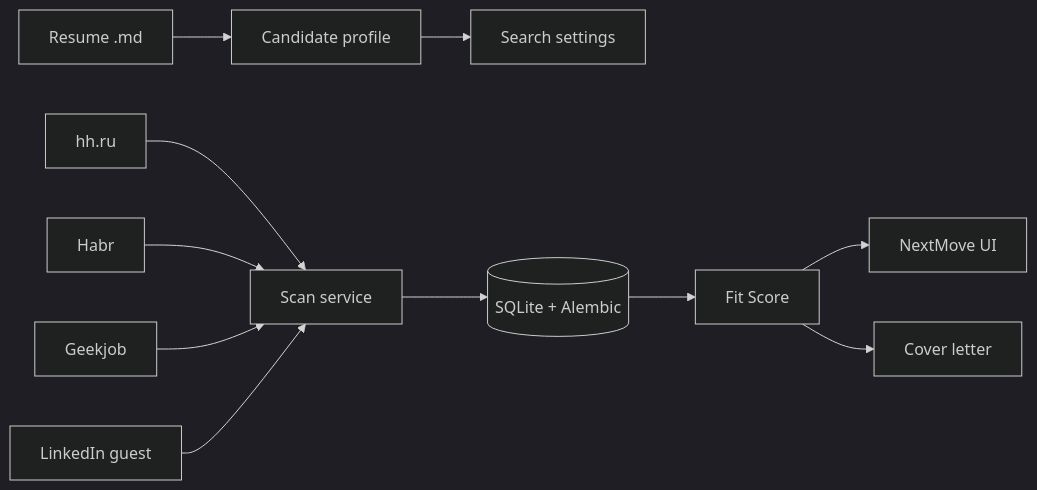
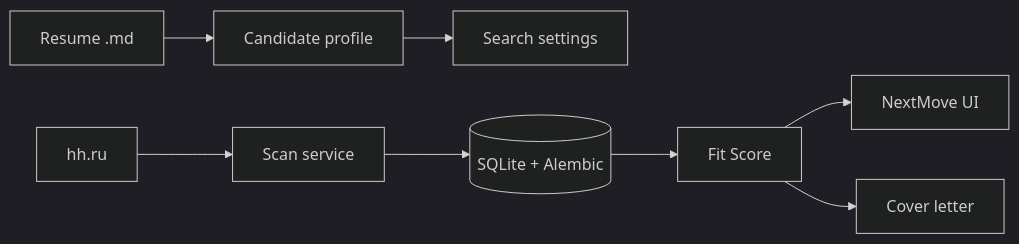
Before and after one commit to addito-5G/job-scout: the diagram in README.md, drawn with Mermaid (dark theme). The commit also changed other lines of this file and 49 other files, not shown here.

````diff
--- a/README.md
+++ b/README.md
@@ -70,13 +69,10 @@
 ```mermaid
 flowchart LR
     R[Resume .md] --> P[Candidate profile]
     P --> S[Search settings]
     HH[hh.ru] --> SC[Scan service]
-    HB[Habr] --> SC
-    GJ[Geekjob] --> SC
-    LI[LinkedIn guest] --> SC
     SC --> DB[(SQLite + Alembic)]
     DB --> F[Fit Score]
     F --> UI[NextMove UI]
     F --> CL[Cover letter]
 ```
````
